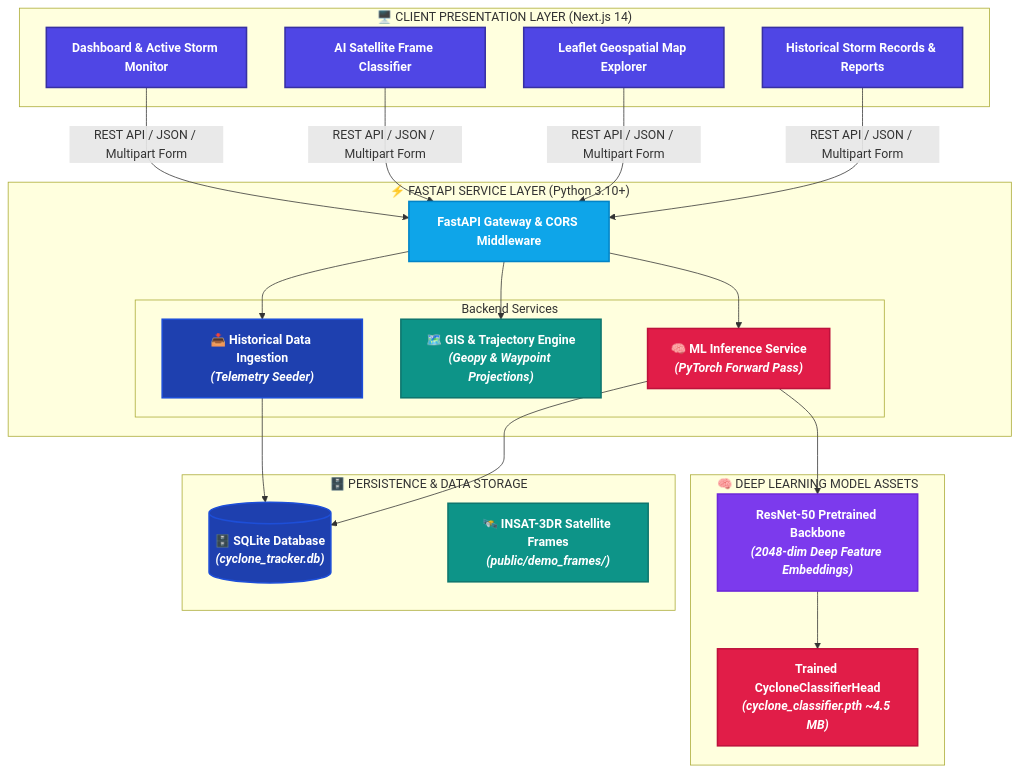
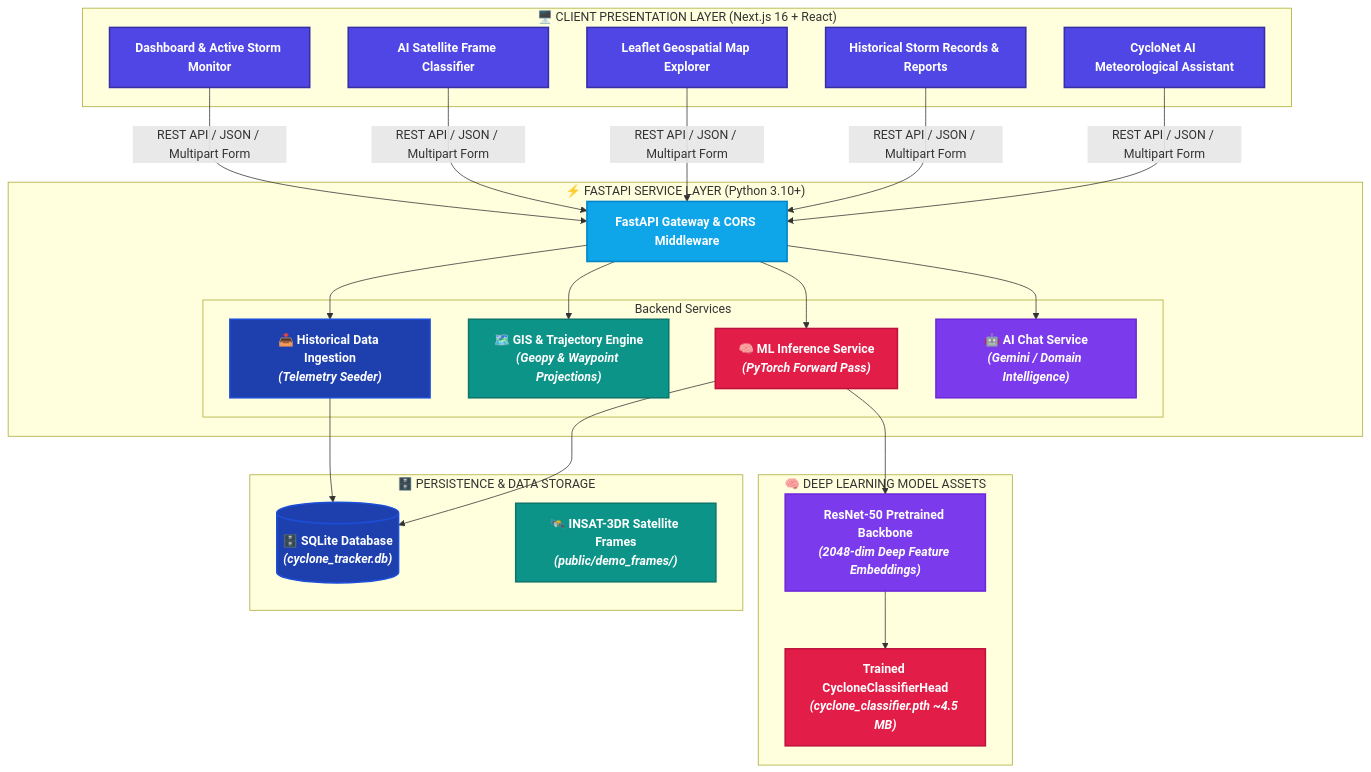
One commit to 8ernity/CycloNet changed the first of 3 diagrams in README.md. Above: the diagram before and after it, drawn with Mermaid. The commit also changed other lines of this file and 15 other files, not shown here.

````diff
--- a/README.md
+++ b/README.md
@@ -68,43 +83,45 @@
 ```mermaid
 flowchart TB
     classDef clientStyle fill:#4F46E5,stroke:#3730A3,stroke-width:2px,color:#FFFFFF,font-weight:bold
     classDef apiStyle fill:#0EA5E9,stroke:#0284C7,stroke-width:2px,color:#FFFFFF,font-weight:bold
     classDef mlStyle fill:#E11D48,stroke:#BE123C,stroke-width:2px,color:#FFFFFF,font-weight:bold
     classDef mapStyle fill:#0D9488,stroke:#0F766E,stroke-width:2px,color:#FFFFFF,font-weight:bold
     classDef dbStyle fill:#1E40AF,stroke:#1D4ED8,stroke-width:2px,color:#FFFFFF,font-weight:bold
     classDef extStyle fill:#7C3AED,stroke:#6D28D9,stroke-width:2px,color:#FFFFFF,font-weight:bold
 
-    subgraph ClientLayer["🖥️ CLIENT PRESENTATION LAYER (Next.js 14)"]
+    subgraph ClientLayer["🖥️ CLIENT PRESENTATION LAYER (Next.js 16 + React)"]
         Dashboard["Dashboard & Active Storm Monitor"]:::clientStyle
         ClassifierUI["AI Satellite Frame Classifier"]:::clientStyle
         MapView["Leaflet Geospatial Map Explorer"]:::clientStyle
         ArchiveUI["Historical Storm Records & Reports"]:::clientStyle
+        ChatbotUI["CycloNet AI Meteorological Assistant"]:::clientStyle
     end
 
-    Dashboard & ClassifierUI & MapView & ArchiveUI -->|REST API / JSON / Multipart Form| Gateway
+    Dashboard & ClassifierUI & MapView & ArchiveUI & ChatbotUI -->|REST API / JSON / Multipart Form| Gateway
 
     subgraph BackendLayer["⚡ FASTAPI SERVICE LAYER (Python 3.10+)"]
         Gateway["FastAPI Gateway & CORS Middleware"]:::apiStyle
 
         subgraph CoreServices["Backend Services"]
             MLService["🧠 ML Inference Service<br/><i>(PyTorch Forward Pass)</i>"]:::mlStyle
             GISService["🗺️ GIS & Trajectory Engine<br/><i>(Geopy & Waypoint Projections)</i>"]:::mapStyle
             DataIngest["📥 Historical Data Ingestion<br/><i>(Telemetry Seeder)</i>"]:::dbStyle
+            ChatService["🤖 AI Chat Service<br/><i>(Gemini / Domain Intelligence)</i>"]:::extStyle
         end
 
-        Gateway --> MLService & GISService & DataIngest
+        Gateway --> MLService & GISService & DataIngest & ChatService
     end
 
     subgraph DLModel["🧠 DEEP LEARNING MODEL ASSETS"]
         Backbone["ResNet-50 Pretrained Backbone<br/><i>(2048-dim Deep Feature Embeddings)</i>"]:::extStyle
         ClassifierHead["Trained CycloneClassifierHead<br/><i>(cyclone_classifier.pth ~4.5 MB)</i>"]:::mlStyle
         MLService --> Backbone --> ClassifierHead
     end
 
     subgraph StorageLayer["🗄️ PERSISTENCE & DATA STORAGE"]
         DB[("🗄️ SQLite Database<br/><i>(cyclone_tracker.db)</i>")]:::dbStyle
         DemoFrames["🛰️ INSAT-3DR Satellite Frames<br/><i>(public/demo_frames/)</i>"]:::mapStyle
         DataIngest --> DB
         MLService --> DB
     end
 ```
````
